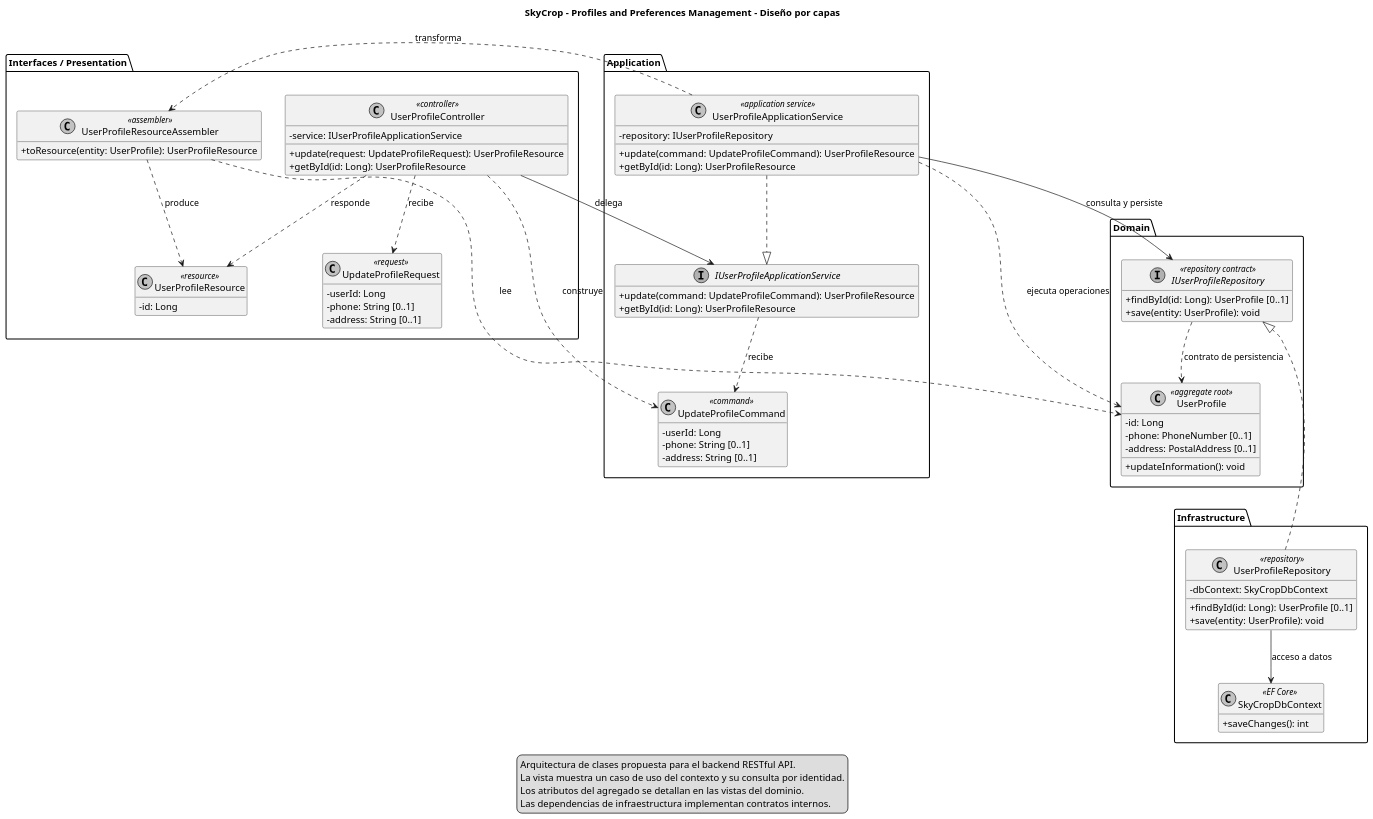
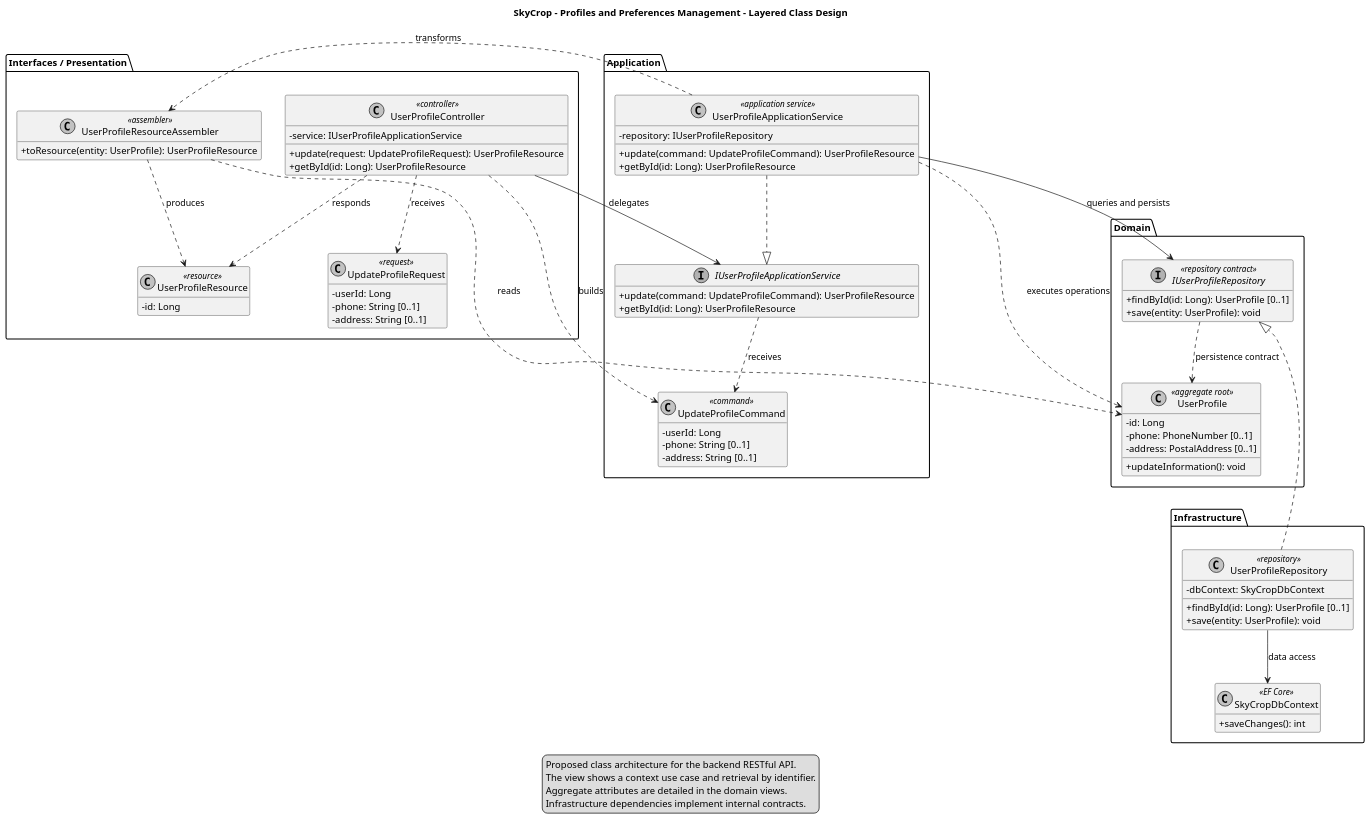
Before and after one commit to upc-GreenTech/skycrop-report: the diagram in resources/imgs/Diagrams/layers/profiles-layered-classes.puml, drawn with PlantUML. The commit also changed 11 other files, not shown here.

Commit message:
feature: translate remaining class diagrams into English and prevent image clipping

```diff
--- a/resources/imgs/Diagrams/layers/profiles-layered-classes.puml
+++ b/resources/imgs/Diagrams/layers/profiles-layered-classes.puml
@@ -1,88 +1,89 @@
 @startuml
 skinparam monochrome true
 skinparam shadowing false
 skinparam classAttributeIconSize 0
 skinparam dpi 120
+scale max 2800 width
 hide empty members
 top to bottom direction
-title SkyCrop - Profiles and Preferences Management - Diseño por capas
+title SkyCrop - Profiles and Preferences Management - Layered Class Design
 package "Interfaces / Presentation" {
 class UserProfileController <<controller>> {
 -service: IUserProfileApplicationService
 +update(request: UpdateProfileRequest): UserProfileResource
 +getById(id: Long): UserProfileResource
 }
 class UpdateProfileRequest <<request>> {
 -userId: Long
 -phone: String [0..1]
 -address: String [0..1]
 }
 class UserProfileResource <<resource>> {
 -id: Long
 }
 class UserProfileResourceAssembler <<assembler>> {
 +toResource(entity: UserProfile): UserProfileResource
 }
 }
 package "Application" {
 class UpdateProfileCommand <<command>> {
 -userId: Long
 -phone: String [0..1]
 -address: String [0..1]
 }
 interface IUserProfileApplicationService {
 +update(command: UpdateProfileCommand): UserProfileResource
 +getById(id: Long): UserProfileResource
 }
 class UserProfileApplicationService <<application service>> {
 -repository: IUserProfileRepository
 +update(command: UpdateProfileCommand): UserProfileResource
 +getById(id: Long): UserProfileResource
 }
 }
 package "Domain" {
 class UserProfile <<aggregate root>> {
 -id: Long
 -phone: PhoneNumber [0..1]
 -address: PostalAddress [0..1]
 +updateInformation(): void
 }
 interface IUserProfileRepository <<repository contract>> {
 +findById(id: Long): UserProfile [0..1]
 +save(entity: UserProfile): void
 }
 }
 package "Infrastructure" {
 class UserProfileRepository <<repository>> {
 -dbContext: SkyCropDbContext
 +findById(id: Long): UserProfile [0..1]
 +save(entity: UserProfile): void
 }
 class SkyCropDbContext <<EF Core>> {
 +saveChanges(): int
 }
 }
-UserProfileController --> IUserProfileApplicationService : delega
-UserProfileController ..> UpdateProfileRequest : recibe
-UserProfileController ..> UpdateProfileCommand : construye
-UserProfileController ..> UserProfileResource : responde
+UserProfileController --> IUserProfileApplicationService : delegates
+UserProfileController ..> UpdateProfileRequest : receives
+UserProfileController ..> UpdateProfileCommand : builds
+UserProfileController ..> UserProfileResource : responds
 UserProfileApplicationService ..|> IUserProfileApplicationService
-IUserProfileApplicationService ..> UpdateProfileCommand : recibe
-UserProfileApplicationService --> IUserProfileRepository : consulta y persiste
-UserProfileApplicationService ..> UserProfile : ejecuta operaciones
-UserProfileApplicationService ..> UserProfileResourceAssembler : transforma
-UserProfileResourceAssembler ..> UserProfile : lee
-UserProfileResourceAssembler ..> UserProfileResource : produce
+IUserProfileApplicationService ..> UpdateProfileCommand : receives
+UserProfileApplicationService --> IUserProfileRepository : queries and persists
+UserProfileApplicationService ..> UserProfile : executes operations
+UserProfileApplicationService ..> UserProfileResourceAssembler : transforms
+UserProfileResourceAssembler ..> UserProfile : reads
+UserProfileResourceAssembler ..> UserProfileResource : produces
 UserProfileRepository ..|> IUserProfileRepository
-IUserProfileRepository ..> UserProfile : contrato de persistencia
-UserProfileRepository --> SkyCropDbContext : acceso a datos
+IUserProfileRepository ..> UserProfile : persistence contract
+UserProfileRepository --> SkyCropDbContext : data access
 UserProfileController -[hidden]down-> UserProfileApplicationService
 UserProfileApplicationService -[hidden]down-> UserProfile
 UserProfile -[hidden]down-> UserProfileRepository
 legend bottom
-Arquitectura de clases propuesta para el backend RESTful API.
-La vista muestra un caso de uso del contexto y su consulta por identidad.
-Los atributos del agregado se detallan en las vistas del dominio.
-Las dependencias de infraestructura implementan contratos internos.
+Proposed class architecture for the backend RESTful API.
+The view shows a context use case and retrieval by identifier.
+Aggregate attributes are detailed in the domain views.
+Infrastructure dependencies implement internal contracts.
 endlegend
 @enduml
```
